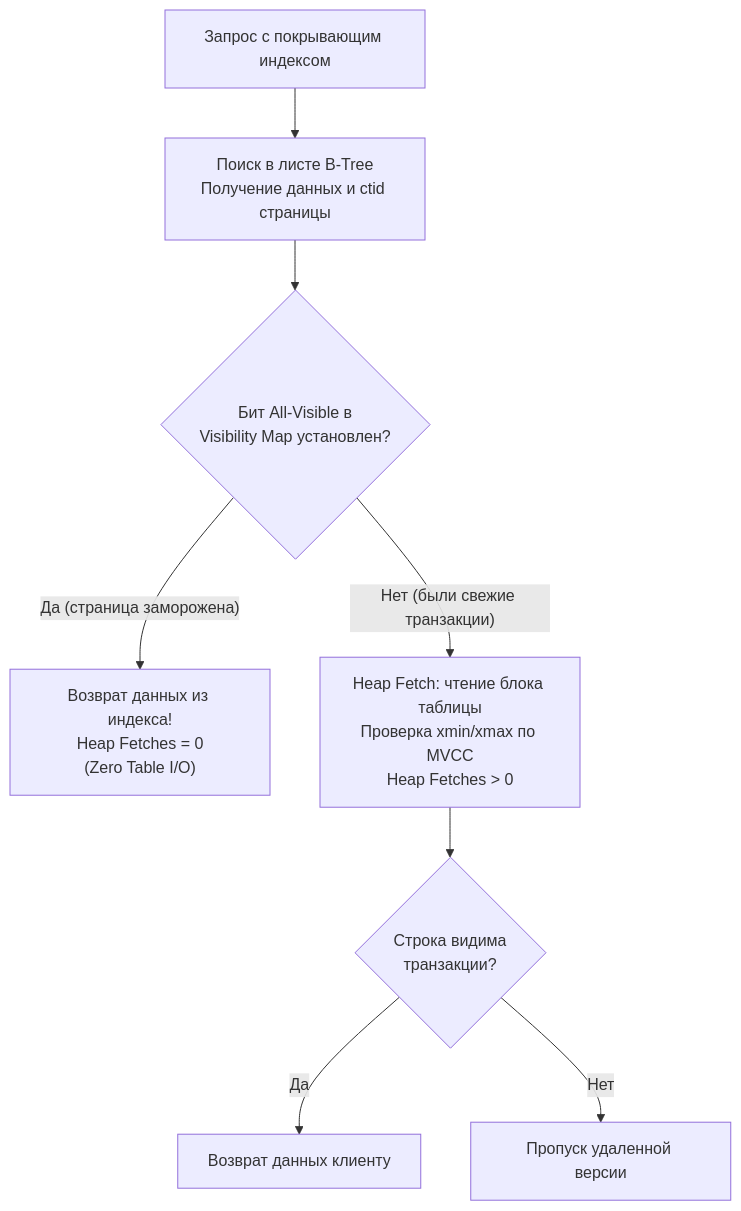
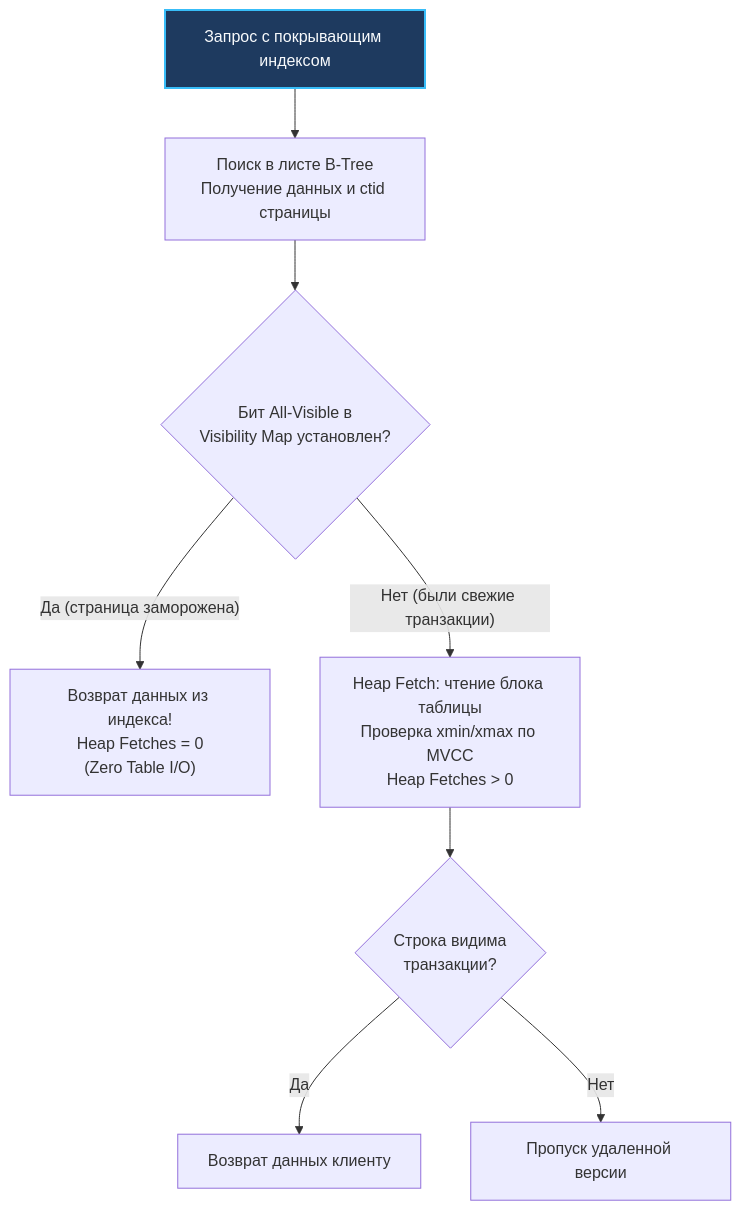
One commit to UnrealTemplier/go-textbook changed the second of 2 diagrams in sources/12. Базы данных/04. Индексы и производительность/6. Covering индекс.md. Above: the diagram before and after it, drawn with Mermaid. The commit also changed other lines of this file and 1666 other files, not shown here.

First line of the commit message:
feat(mermaid): add semantic color classDef to 1369 colorless flowchart/graph diagrams

````diff
--- a/sources/12. Базы данных/04. Индексы и производительность/6. Covering индекс.md
+++ b/sources/12. Базы данных/04. Индексы и производительность/6. Covering индекс.md
@@ -71,12 +81,22 @@
 ```mermaid
 flowchart TD
-    Start["Запрос с покрывающим индексом"] --> Leaf["Поиск в листе B-Tree<br>Получение данных и ctid страницы"]
+    classDef process  fill:#1e293b,stroke:#38bdf8,stroke-width:1px,color:#f8fafc
+    classDef success  fill:#064e3b,stroke:#34d399,stroke-width:1px,color:#f8fafc
+    classDef error    fill:#7f1d1d,stroke:#f87171,stroke-width:1px,color:#f8fafc
+    classDef warning  fill:#78350f,stroke:#fbbf24,stroke-width:1px,color:#f8fafc
+    classDef entry    fill:#1e3a5f,stroke:#38bdf8,stroke-width:2px,color:#f8fafc
+    classDef aux      fill:#334155,stroke:#64748b,stroke-width:1px,color:#f8fafc
+    classDef system   fill:#312e81,stroke:#a78bfa,stroke-width:1px,color:#f8fafc
+    classDef data     fill:#132d29,stroke:#2dd4bf,stroke-width:1px,color:#f8fafc
+    classDef network  fill:#881337,stroke:#fb7185,stroke-width:1px,color:#f8fafc
+    classDef accent   fill:#1e1b4b,stroke:#818cf8,stroke-width:1px,color:#f8fafc
+    Start["Запрос с покрывающим индексом"]:::entry --> Leaf["Поиск в листе B-Tree<br>Получение данных и ctid страницы"]
     Leaf --> CheckVM{"Бит All-Visible в<br>Visibility Map установлен?"}
     
     CheckVM -->|"Да (страница заморожена)"| ZeroIO["Возврат данных из индекса!<br>Heap Fetches = 0<br>(Zero Table I/O)"]
     CheckVM -->|"Нет (были свежие транзакции)"| HeapRead["Heap Fetch: чтение блока таблицы<br>Проверка xmin/xmax по MVCC<br>Heap Fetches > 0"]
     
     HeapRead --> Verify{"Строка видима<br>транзакции?"}
     Verify -->|"Да"| ReturnRow["Возврат данных клиенту"]
     Verify -->|"Нет"| SkipRow["Пропуск удаленной версии"]
 ```
````
